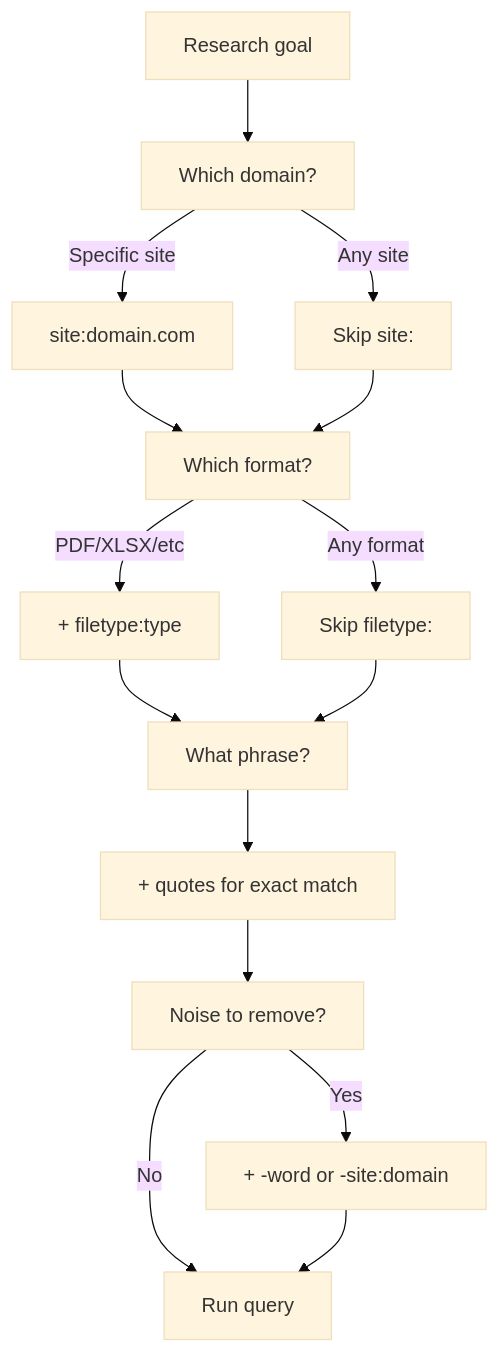
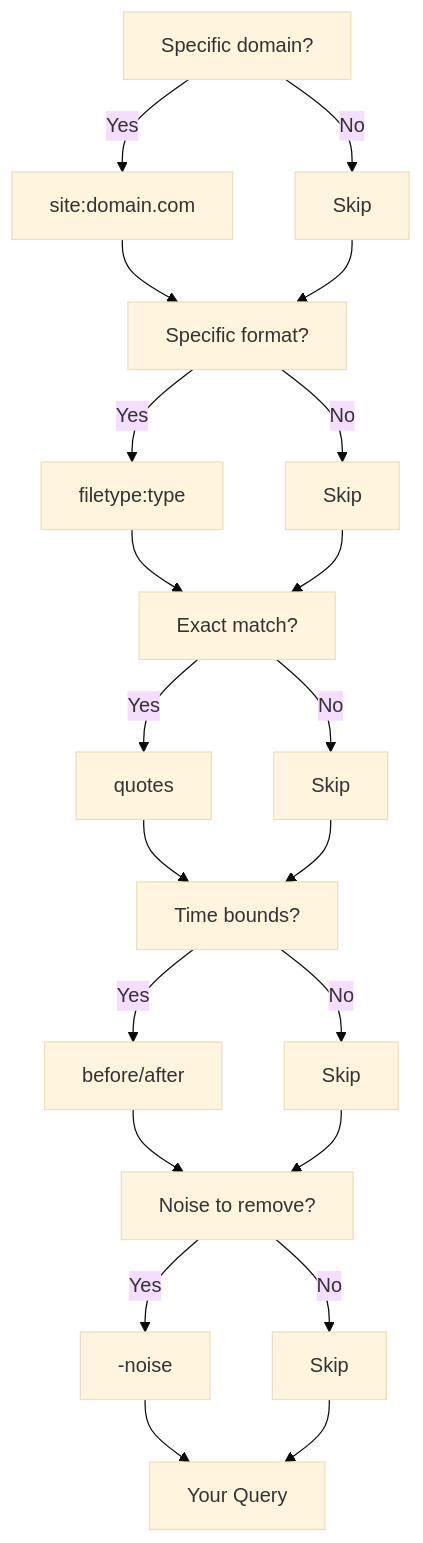
Before and after one commit to denis23x/denis-iakimenko: the second of 2 diagrams in src/data/blog/_2026/google-search-operators.md, drawn with Mermaid (base theme). The commit also changed other lines of this file and 6 other files, not shown here.

````diff
--- a/src/data/blog/_2026/google-search-operators.md
+++ b/src/data/blog/_2026/google-search-operators.md
@@ -196,17 +196,24 @@
 ```mermaid caption=How to Build Combined Queries
 flowchart TD
-    Start[Research goal] --> A[Which domain?]
-    A -- Specific site --> B[site:domain.com]
-    A -- Any site --> C[Skip site:]
-    B --> D[Which format?]
+    A[Specific domain?]
+    A -- Yes --> B[site:domain.com]
+    A -- No --> C[Skip]
+    B --> D[Specific format?]
     C --> D
-    D -- PDF/XLSX/etc --> E[+ filetype:type]
-    D -- Any format --> F[Skip filetype:]
-    E --> G[What phrase?]
+    D -- Yes --> E[filetype:type]
+    D -- No --> F[Skip]
+    E --> G[Exact match?]
     F --> G
-    G --> H["+ quotes for exact match"]
-    H --> I[Noise to remove?]
-    I -- Yes --> J["+ -word or -site:domain"]
-    I -- No --> K[Run query]
-    J --> K
+    G -- Yes --> H[""quotes""]
+    G -- No --> I[Skip]
+    H --> J[Time bounds?]
+    I --> J
+    J -- Yes --> K[before/after]
+    J -- No --> L[Skip]
+    K --> M[Noise to remove?]
+    L --> M
+    M -- Yes --> N[-noise]
+    M -- No --> O[Skip]
+    N --> P[Your Query]
+    O --> P
 ```
````
